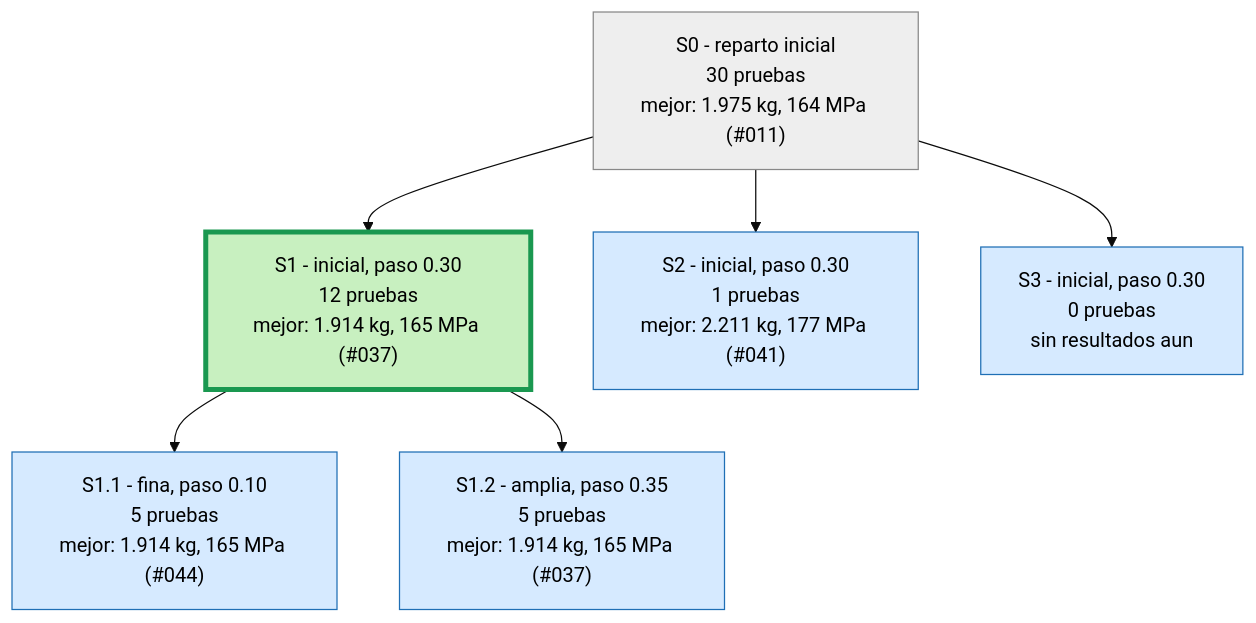
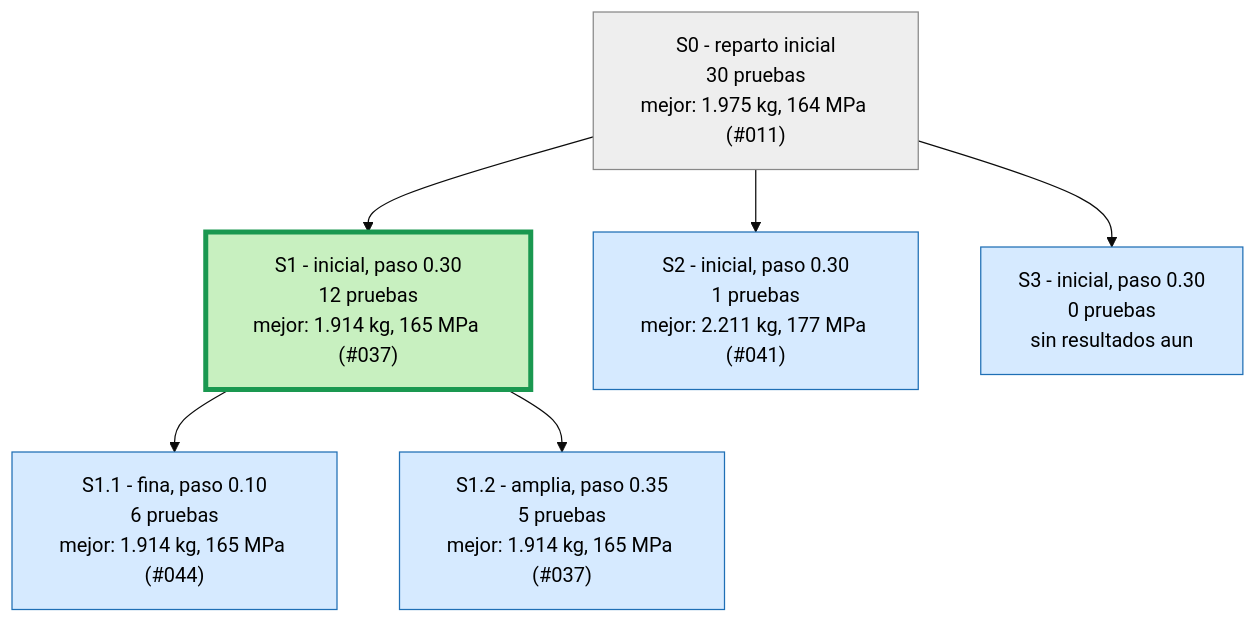
Before and after one commit to Hugiko/msd-soporte-optimizacion: the first of 4 diagrams in runs/opt_37800N/ARBOL.md, drawn with Mermaid (base theme). The commit also changed 14 other files, not shown here.

````diff
--- a/runs/opt_37800N/ARBOL.md
+++ b/runs/opt_37800N/ARBOL.md
@@ -9,17 +9,17 @@
 ```mermaid
 graph TD
 classDef activa fill:#d6eaff,stroke:#1f6fb5,color:#000
 classDef fin fill:#eeeeee,stroke:#888,color:#000
 classDef mejor fill:#c8f0c0,stroke:#1a9850,stroke-width:4px,color:#000
 S0["S0 - reparto inicial<br/>30 pruebas<br/>mejor: 1.975 kg, 164 MPa (#011)"]:::fin
 S1["S1 - inicial, paso 0.30<br/>12 pruebas<br/>mejor: 1.914 kg, 165 MPa (#037)"]:::mejor
 S0 --> S1
 S2["S2 - inicial, paso 0.30<br/>1 pruebas<br/>mejor: 2.211 kg, 177 MPa (#041)"]:::activa
 S0 --> S2
 S3["S3 - inicial, paso 0.30<br/>0 pruebas<br/>sin resultados aun"]:::activa
 S0 --> S3
-S1_1["S1.1 - fina, paso 0.10<br/>5 pruebas<br/>mejor: 1.914 kg, 165 MPa (#044)"]:::activa
+S1_1["S1.1 - fina, paso 0.10<br/>6 pruebas<br/>mejor: 1.914 kg, 165 MPa (#044)"]:::activa
 S1 --> S1_1
 S1_2["S1.2 - amplia, paso 0.35<br/>5 pruebas<br/>mejor: 1.914 kg, 165 MPa (#037)"]:::activa
 S1 --> S1_2
 ```
````
